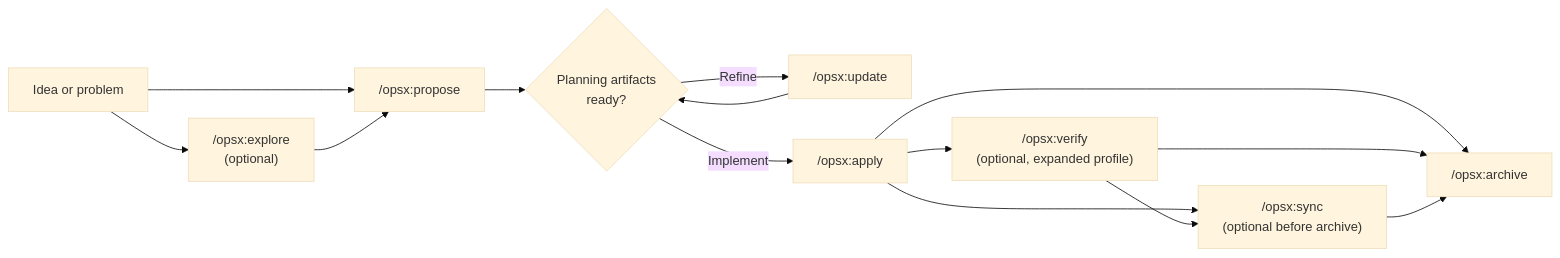
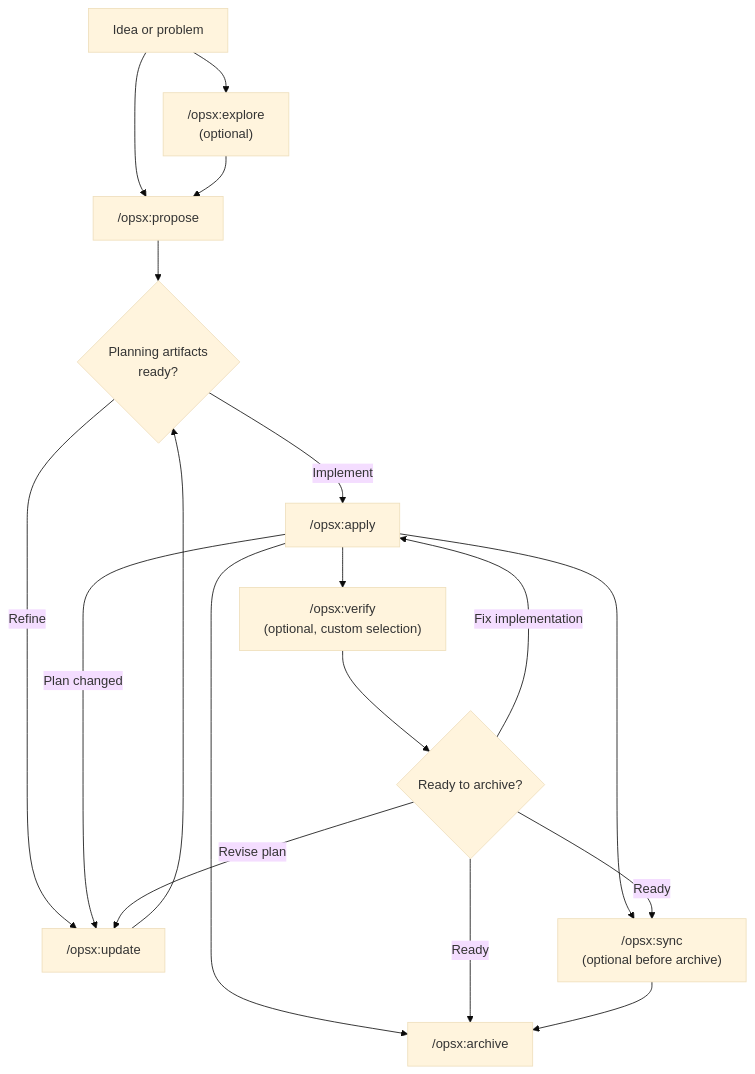
Before and after one commit to Fission-AI/OpenSpec: the first of 2 diagrams in docs/workflows.md, drawn with Mermaid (base theme). The commit also changed other lines of this file, not shown here.

Commit message:
docs(workflows): correct lifecycle diagrams

````diff
--- a/docs/workflows.md
+++ b/docs/workflows.md
@@ -36,16 +36,20 @@
 ```mermaid
-flowchart LR
+flowchart TD
     Idea["Idea or problem"] --> Explore["/opsx:explore<br/>(optional)"]
     Idea --> Propose["/opsx:propose"]
     Explore --> Propose
     Propose --> Review{"Planning artifacts<br/>ready?"}
     Review -->|"Refine"| Update["/opsx:update"]
     Update --> Review
     Review -->|"Implement"| Apply["/opsx:apply"]
+    Apply -->|"Plan changed"| Update
     Apply --> Archive["/opsx:archive"]
-    Apply --> Verify["/opsx:verify<br/>(optional, expanded profile)"]
+    Apply --> Verify["/opsx:verify<br/>(optional, custom selection)"]
     Apply --> Sync["/opsx:sync<br/>(optional before archive)"]
-    Verify --> Sync
-    Verify --> Archive
+    Verify --> Verified{"Ready to archive?"}
+    Verified -->|"Fix implementation"| Apply
+    Verified -->|"Revise plan"| Update
+    Verified -->|"Ready"| Sync
+    Verified -->|"Ready"| Archive
     Sync --> Archive
 ```
````
